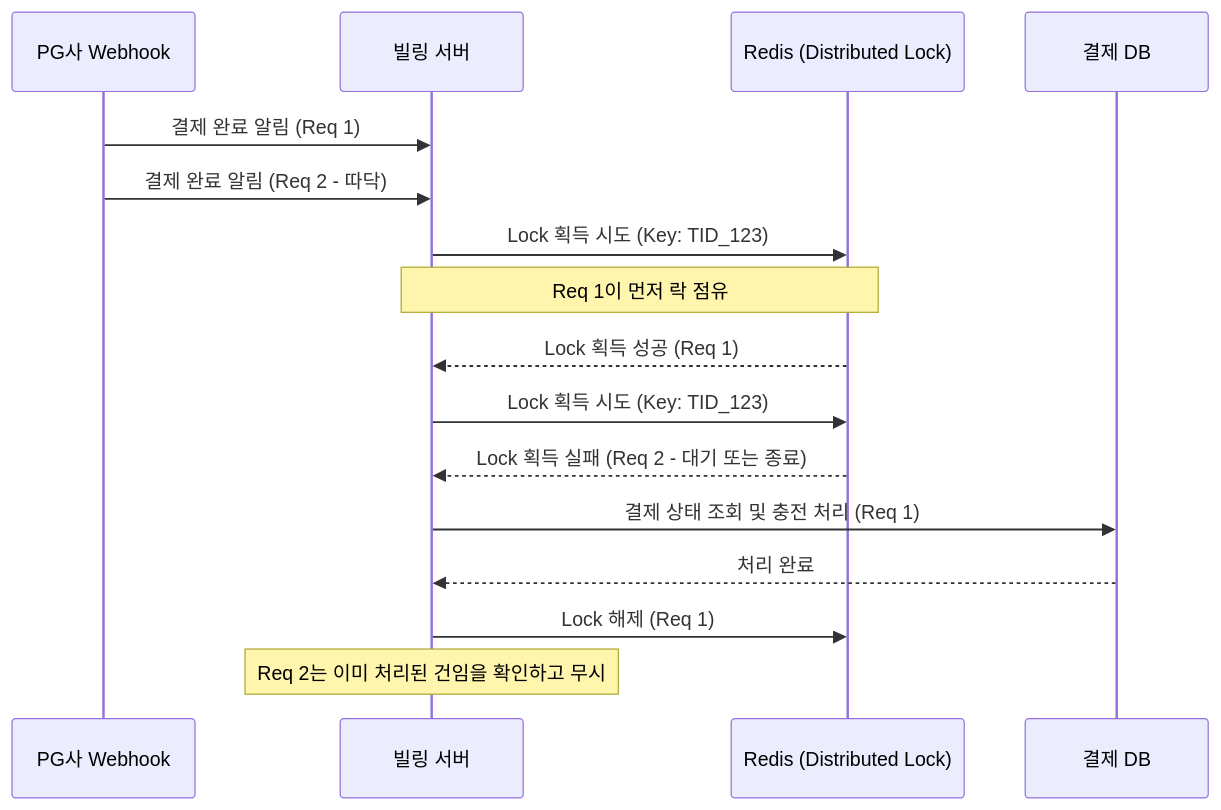
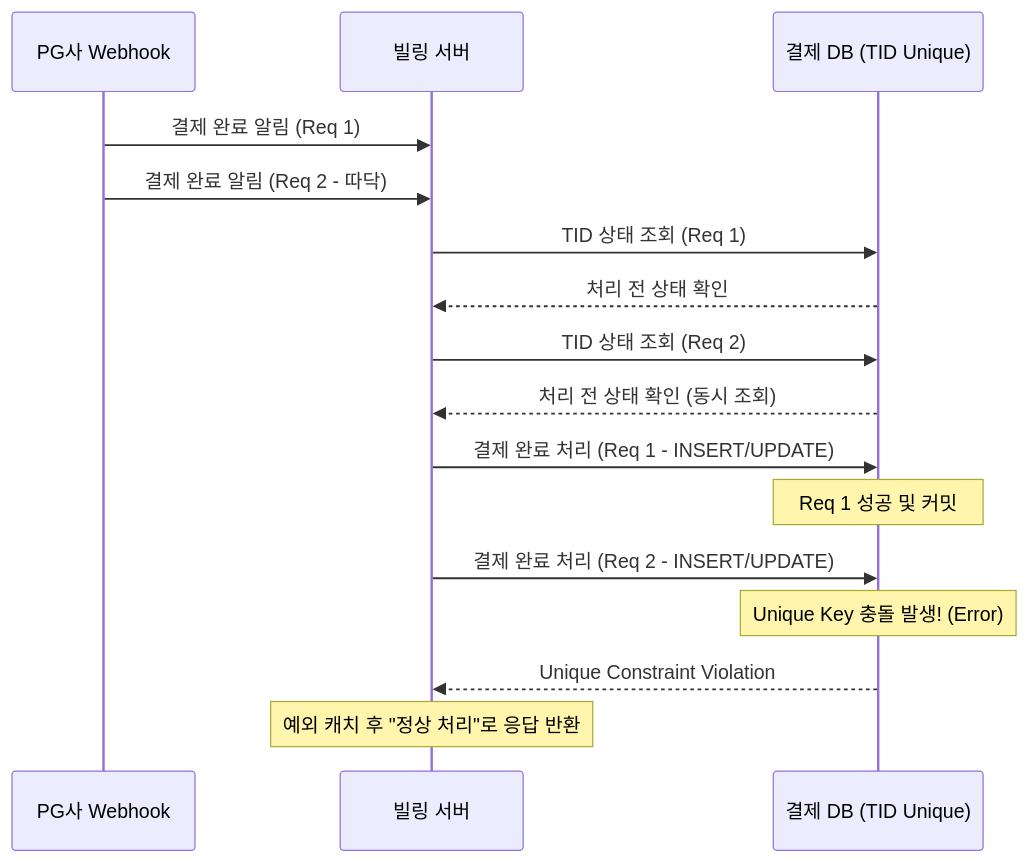
Before and after one commit to muzzaiwork/candidate: the diagram in troubleshooting/billing_webhook_concurrency_control.md, drawn with Mermaid. The commit also changed other lines of this file and 1 other file, not shown here.

Commit message:
docs: Redis 대신 DB 제약 조건 및 멱등성을 활용한 웹훅 동시성 제어 사례로 수정

````diff
--- a/troubleshooting/billing_webhook_concurrency_control.md
+++ b/troubleshooting/billing_webhook_concurrency_control.md
@@ -25,25 +26,24 @@
 ```mermaid
 sequenceDiagram
     participant PG as PG사 Webhook
     participant App as 빌링 서버
-    participant Redis as Redis (Distributed Lock)
-    participant DB as 결제 DB
+    participant DB as 결제 DB (TID Unique)
 
     PG->>App: 결제 완료 알림 (Req 1)
     PG->>App: 결제 완료 알림 (Req 2 - 따닥)
 
-    App->>Redis: Lock 획득 시도 (Key: TID_123)
-    Note over App, Redis: Req 1이 먼저 락 점유
+    App->>DB: TID 상태 조회 (Req 1)
+    DB-->>App: 처리 전 상태 확인
 
-    Redis-->>App: Lock 획득 성공 (Req 1)
+    App->>DB: TID 상태 조회 (Req 2)
+    DB-->>App: 처리 전 상태 확인 (동시 조회)
+
+    App->>DB: 결제 완료 처리 (Req 1 - INSERT/UPDATE)
+    Note over DB: Req 1 성공 및 커밋
+
+    App->>DB: 결제 완료 처리 (Req 2 - INSERT/UPDATE)
+    Note over DB: Unique Key 충돌 발생! (Error)
     
-    App->>Redis: Lock 획득 시도 (Key: TID_123)
-    Redis-->>App: Lock 획득 실패 (Req 2 - 대기 또는 종료)
-
-    App->>DB: 결제 상태 조회 및 충전 처리 (Req 1)
-    DB-->>App: 처리 완료
-    
-    App->>Redis: Lock 해제 (Req 1)
-    
-    Note over App: Req 2는 이미 처리된 건임을 확인하고 무시
+    DB-->>App: Unique Constraint Violation
+    Note over App: 예외 캐치 후 "정상 처리"로 응답 반환
 ```
````
